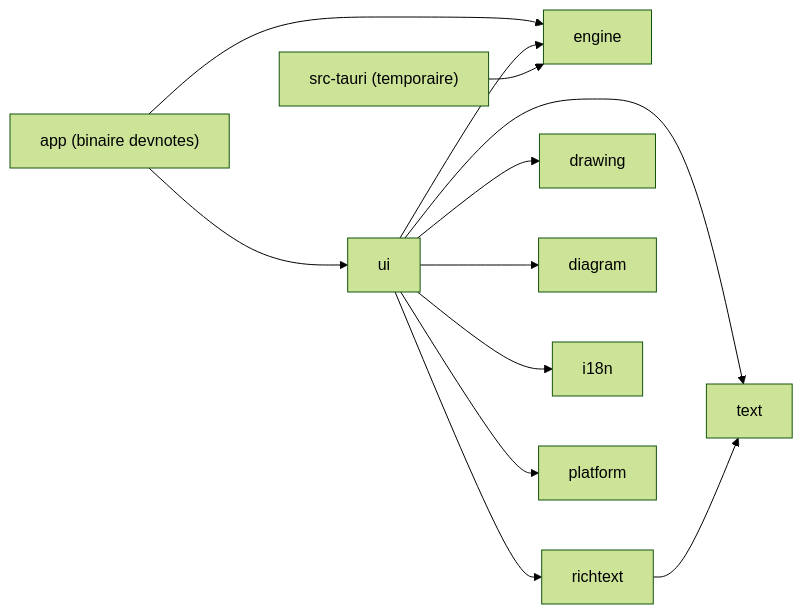
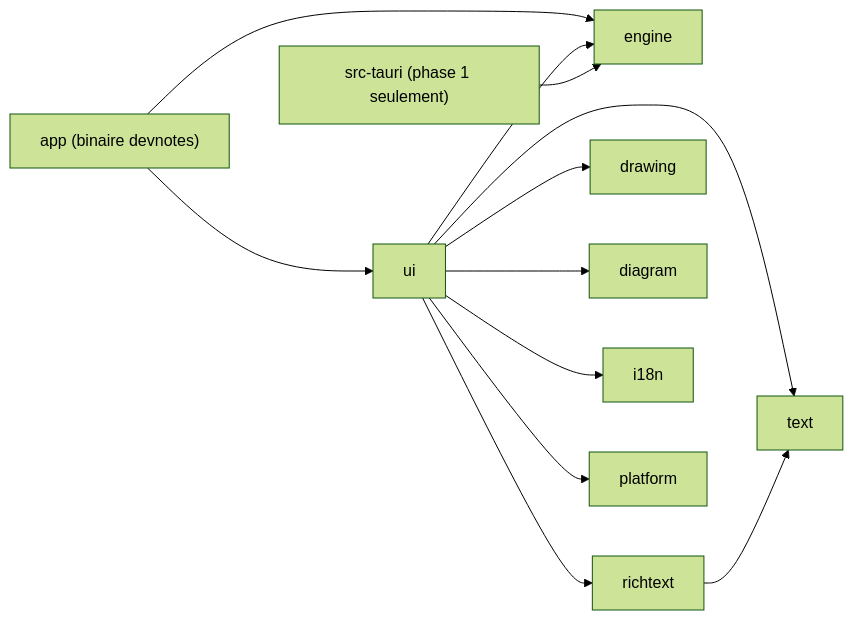
The first of 7 diagrams in docs/egui-migration-plan.md (vmillet-dev/devnotes-rs), drawn with Mermaid (forest theme) before and after one commit. The commit also changed other lines of this file, not shown here.

First line of the commit message:
Architecture: record the decisions taken on the egui migration plan

````diff
--- a/docs/egui-migration-plan.md
+++ b/docs/egui-migration-plan.md
@@ -216,14 +224,14 @@
 ```mermaid
 flowchart LR
   app["app (binaire devnotes)"] --> ui
   app --> engine
   ui --> engine
   ui --> text
   ui --> richtext
   ui --> drawing
   ui --> diagram
   ui --> i18n
   ui --> platform
   richtext --> text
-  tauri["src-tauri (temporaire)"] --> engine
+  tauri["src-tauri (phase 1 seulement)"] --> engine
 ```
````
